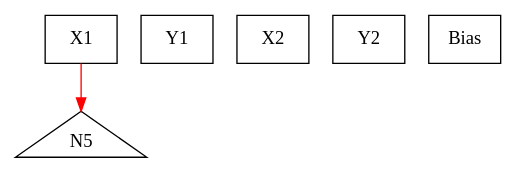
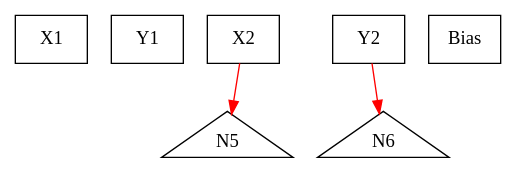
The diagram in esHyperNEATChampFile.dot (agileDevelopment/Simulator), drawn with Graphviz before and after one commit. The commit also changed 15 other files, not shown here.

```diff
--- a/esHyperNEATChampFile.dot
+++ b/esHyperNEATChampFile.dot
@@ -1,15 +1,18 @@
 digraph g { 
 N0 [shape=box, label=Bias]
 N1[shape=box label=X1]
 N2[shape=box label=Y1]
 N3[shape=box label=X2]
 N4[shape=box label=Y2]
 N5[shape=triangle]
-N1 -> N5 [color=red] [arrowType=inv]
+N6[shape=triangle]
+N4 -> N6 [color=red] [arrowType=inv]
+N3 -> N5 [color=red] [arrowType=inv]
  { rank=same; 
 N5
+N6
  } 
  { rank=same; 
 N1 ->N2 ->N3 ->N4 ->N0 [style=invis]
  } 
 }
```
